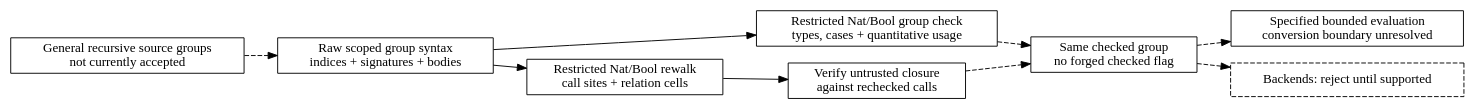
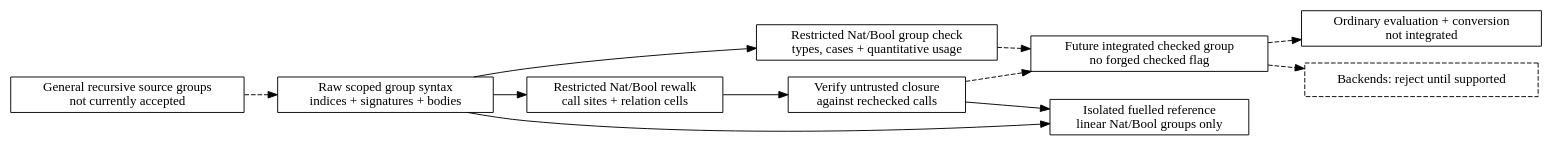
One commit to odunboye/fibril changed the diagram in docs/diagrams/recursive-groups-design.dot. Above: the diagram before and after it, drawn with Graphviz. The commit also changed 5 other files, not shown here.

Commit message:
Add bounded recursive-group reference machine

```diff
--- a/docs/diagrams/recursive-groups-design.dot
+++ b/docs/diagrams/recursive-groups-design.dot
@@ -1,20 +1,23 @@
 digraph RecursiveGroupsDesign {
   rankdir=LR;
   node [shape=box];
   source [label="General recursive source groups\nnot currently accepted"];
   group [label="Raw scoped group syntax\nindices + signatures + bodies"];
   typing [label="Restricted Nat/Bool group check\ntypes, cases + quantitative usage"];
   calls [label="Restricted Nat/Bool rewalk\ncall sites + relation cells"];
   cert [label="Verify untrusted closure\nagainst rechecked calls"];
-  artifact [label="Same checked group\nno forged checked flag"];
-  evaluate [label="Specified bounded evaluation\nconversion boundary unresolved"];
+  reference [label="Isolated fuelled reference\nlinear Nat/Bool groups only"];
+  artifact [label="Future integrated checked group\nno forged checked flag"];
+  evaluate [label="Ordinary evaluation + conversion\nnot integrated"];
   backend [label="Backends: reject until supported", style=dashed];
   source -> group [style=dashed];
   group -> typing;
   typing -> artifact [style=dashed];
   group -> calls;
   calls -> cert;
+  group -> reference;
+  cert -> reference;
   cert -> artifact [style=dashed];
   artifact -> evaluate [style=dashed];
   artifact -> backend [style=dashed];
 }
```
